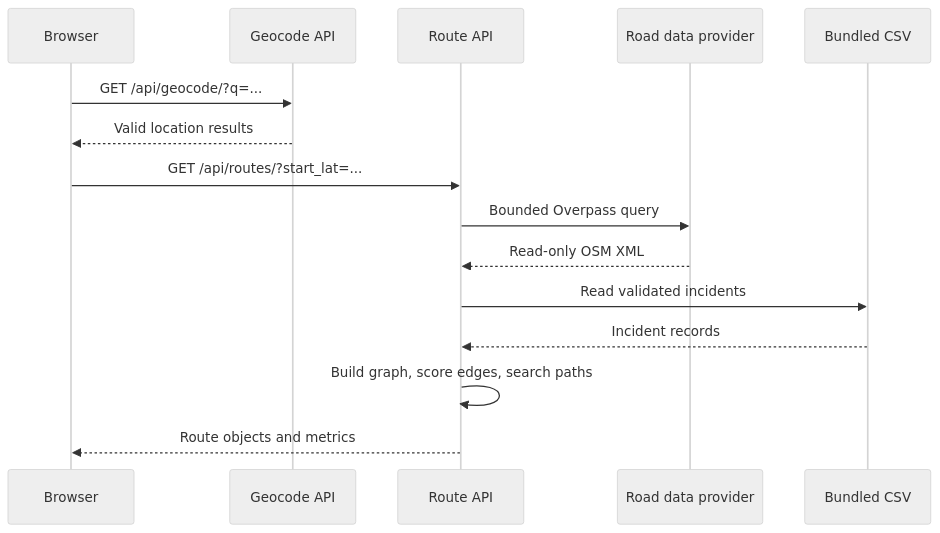
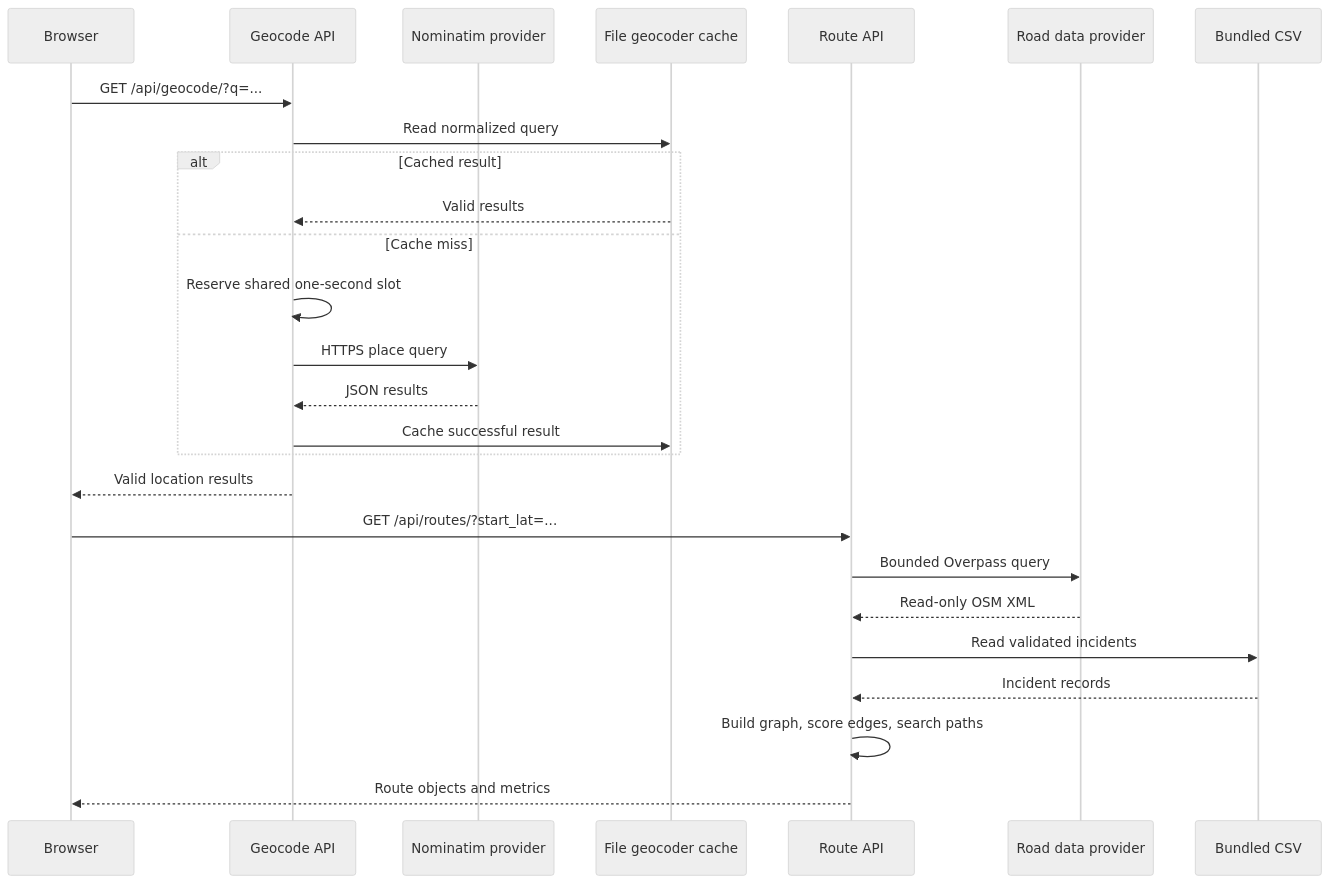
The fourth of 6 diagrams in docs/ARCHITECTURE.md (K2K22K2K22/SafePath), drawn with Mermaid (neutral theme) before and after one commit. The commit also changed other lines of this file and 22 other files, not shown here.

First line of the commit message:
fix(geocoding): enforce provider limits and cache results

````diff
--- a/docs/ARCHITECTURE.md
+++ b/docs/ARCHITECTURE.md
@@ -217,18 +225,29 @@
 ```mermaid
 sequenceDiagram
     participant B as Browser
     participant G as Geocode API
+    participant N as Nominatim provider
+    participant C as File geocoder cache
     participant R as Route API
     participant O as Road data provider
     participant D as Bundled CSV
 
     B->>G: GET /api/geocode/?q=...
+    G->>C: Read normalized query
+    alt Cached result
+        C-->>G: Valid results
+    else Cache miss
+        G->>G: Reserve shared one-second slot
+        G->>N: HTTPS place query
+        N-->>G: JSON results
+        G->>C: Cache successful result
+    end
     G-->>B: Valid location results
     B->>R: GET /api/routes/?start_lat=...
     R->>O: Bounded Overpass query
     O-->>R: Read-only OSM XML
     R->>D: Read validated incidents
     D-->>R: Incident records
     R->>R: Build graph, score edges, search paths
     R-->>B: Route objects and metrics
 ```
````
